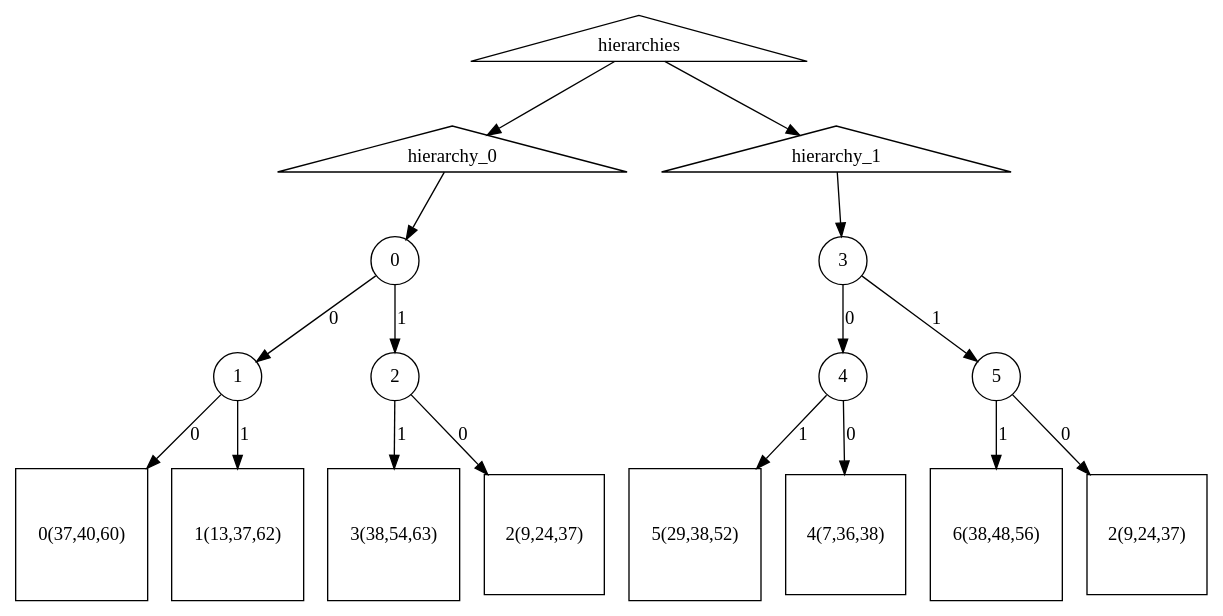
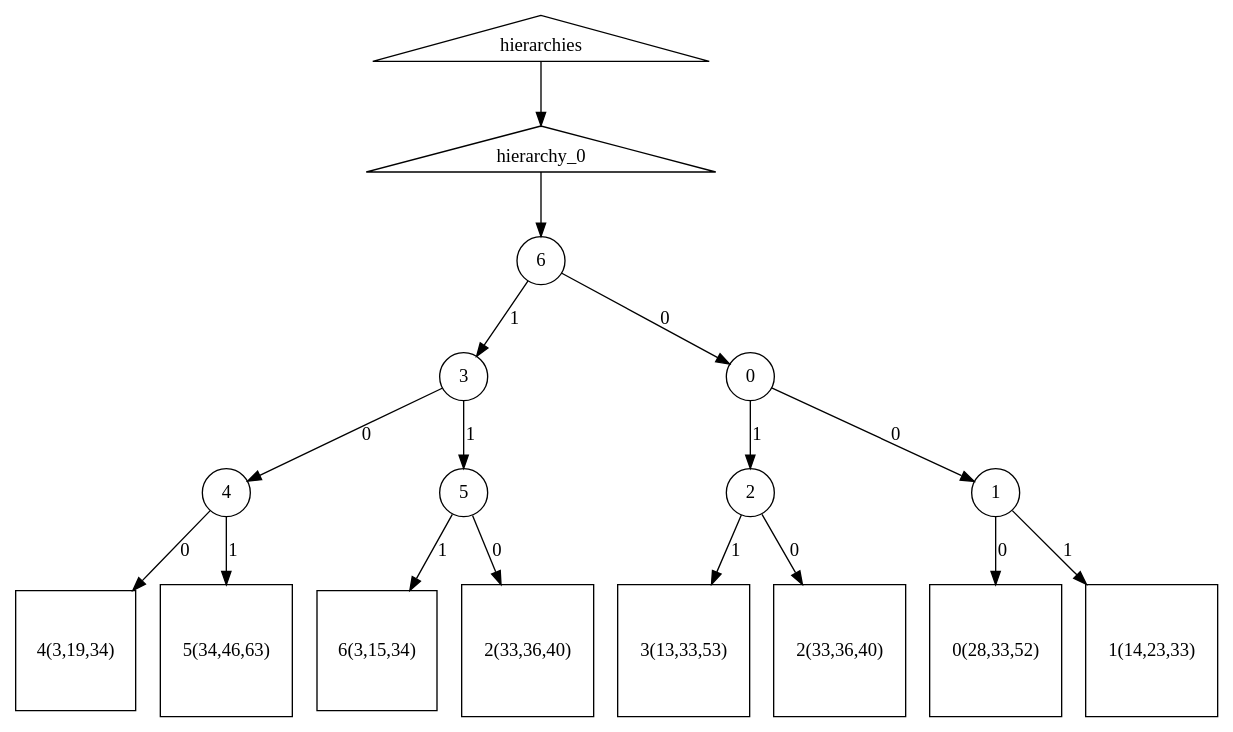
Before and after one commit to morphognosis/Mandala: the diagram in work/mandala_causations.dot, drawn with Graphviz. The commit also changed 22 other files, not shown here.

```diff
--- a/work/mandala_causations.dot
+++ b/work/mandala_causations.dot
@@ -1,35 +1,35 @@
 digraph causations {
 hierarchies [label="hierarchies", shape=triangle];
+h0_t6_0_0_0_1_0_0 [label="0(28,33,52)", shape=square];
+h0_t6_0_0_0_1_1_1 [label="1(14,23,33)", shape=square];
+h0_nt6 [label="6", shape=circle];
+h0_nt6_1_3 [label="3", shape=circle];
+h0_nt6_0_0 [label="0", shape=circle];
+h0_nt6_0_0_1_2 [label="2", shape=circle];
+h0_t6_1_3_0_4_0_4 [label="4(3,19,34)", shape=square];
+h0_t6_0_0_1_2_1_3 [label="3(13,33,53)", shape=square];
+h0_nt6_1_3_0_4 [label="4", shape=circle];
+h0_t6_1_3_1_5_1_6 [label="6(3,15,34)", shape=square];
 h0 [label="hierarchy_0", shape=triangle];
-h0_nt0_0_1 [label="1", shape=circle];
-h0_t0_0_1_0_0 [label="0(37,40,60)", shape=square];
-h0_nt0_1_2 [label="2", shape=circle];
-h0_t0_1_2_1_3 [label="3(38,54,63)", shape=square];
-h0_t0_0_1_1_1 [label="1(13,37,62)", shape=square];
-h0_t0_1_2_0_2 [label="2(9,24,37)", shape=square];
-h0_nt0 [label="0", shape=circle];
-h0 -> h0_nt0
-h0_nt0_0_1 -> h0_t0_0_1_1_1 [label="1"];
-h0_nt0_1_2 -> h0_t0_1_2_0_2 [label="0"];
-h0_nt0_0_1 -> h0_t0_0_1_0_0 [label="0"];
+h0_t6_1_3_0_4_1_5 [label="5(34,46,63)", shape=square];
+h0_t6_0_0_1_2_0_2 [label="2(33,36,40)", shape=square];
+h0_nt6_0_0_0_1 [label="1", shape=circle];
+h0_t6_1_3_1_5_0_2 [label="2(33,36,40)", shape=square];
+h0_nt6_1_3_1_5 [label="5", shape=circle];
+h0_nt6_1_3_1_5 -> h0_t6_1_3_1_5_1_6 [label="1"];
+h0_nt6_1_3 -> h0_nt6_1_3_1_5 [label="1"];
+h0_nt6_1_3_0_4 -> h0_t6_1_3_0_4_0_4 [label="0"];
+h0_nt6_0_0 -> h0_nt6_0_0_0_1 [label="0"];
+h0_nt6_0_0_1_2 -> h0_t6_0_0_1_2_0_2 [label="0"];
+h0 -> h0_nt6
+h0_nt6_0_0_0_1 -> h0_t6_0_0_0_1_1_1 [label="1"];
+h0_nt6 -> h0_nt6_1_3 [label="1"];
+h0_nt6_1_3_1_5 -> h0_t6_1_3_1_5_0_2 [label="0"];
+h0_nt6_0_0_1_2 -> h0_t6_0_0_1_2_1_3 [label="1"];
 hierarchies -> h0
-h0_nt0 -> h0_nt0_1_2 [label="1"];
-h0_nt0 -> h0_nt0_0_1 [label="0"];
-h0_nt0_1_2 -> h0_t0_1_2_1_3 [label="1"];
-h1_nt3_0_4 [label="4", shape=circle];
-h1_nt3 [label="3", shape=circle];
-h1_nt3_1_5 [label="5", shape=circle];
-h1_t3_1_5_1_6 [label="6(38,48,56)", shape=square];
-h1_t3_1_5_0_2 [label="2(9,24,37)", shape=square];
-h1_t3_0_4_1_5 [label="5(29,38,52)", shape=square];
-h1_t3_0_4_0_4 [label="4(7,36,38)", shape=square];
-h1 [label="hierarchy_1", shape=triangle];
-h1 -> h1_nt3
-hierarchies -> h1
-h1_nt3_0_4 -> h1_t3_0_4_0_4 [label="0"];
-h1_nt3 -> h1_nt3_1_5 [label="1"];
-h1_nt3_1_5 -> h1_t3_1_5_1_6 [label="1"];
-h1_nt3 -> h1_nt3_0_4 [label="0"];
-h1_nt3_0_4 -> h1_t3_0_4_1_5 [label="1"];
-h1_nt3_1_5 -> h1_t3_1_5_0_2 [label="0"];
+h0_nt6_1_3 -> h0_nt6_1_3_0_4 [label="0"];
+h0_nt6_1_3_0_4 -> h0_t6_1_3_0_4_1_5 [label="1"];
+h0_nt6 -> h0_nt6_0_0 [label="0"];
+h0_nt6_0_0_0_1 -> h0_t6_0_0_0_1_0_0 [label="0"];
+h0_nt6_0_0 -> h0_nt6_0_0_1_2 [label="1"];
 }
```
